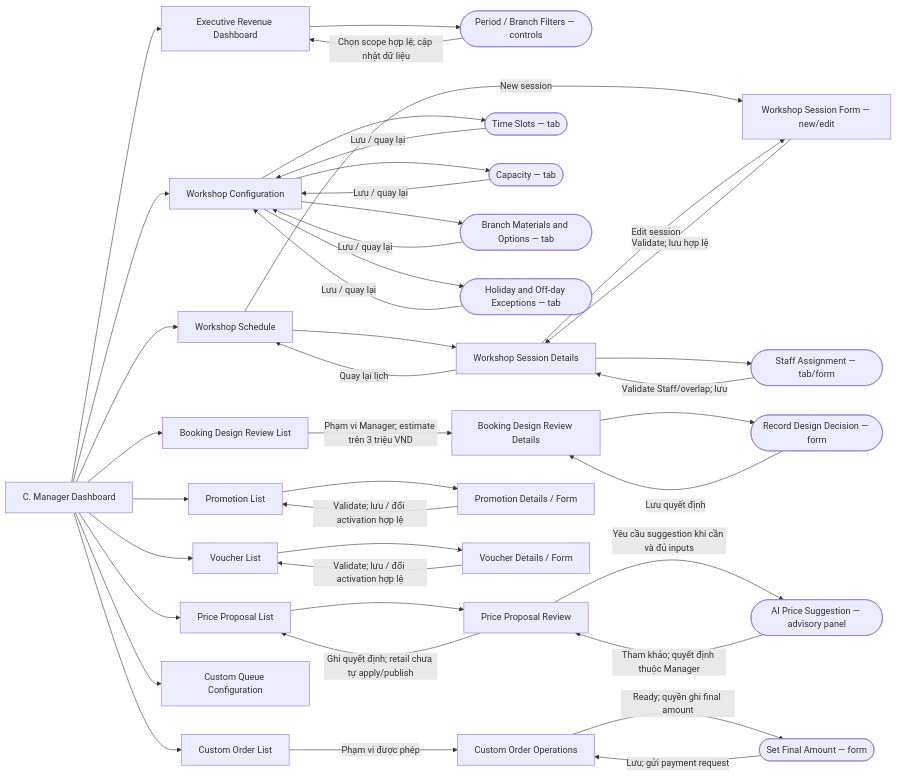
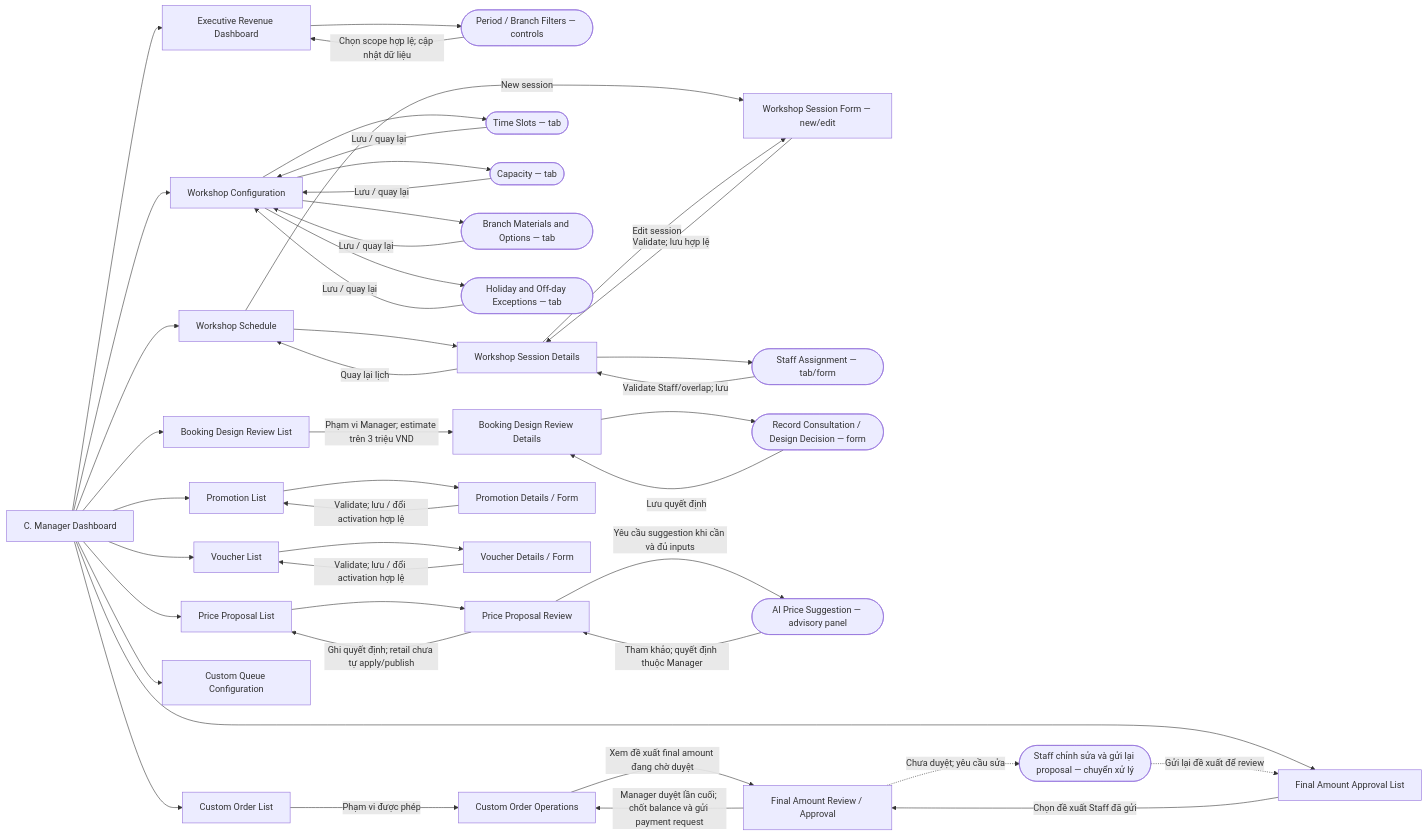
Before and after one commit to quoc-ca/mland-operations-hub: the ninth of 10 diagrams in ppswbs-spec/screen.md, drawn with Mermaid. The commit also changed other lines of this file, not shown here.

````diff
--- a/ppswbs-spec/screen.md
+++ b/ppswbs-spec/screen.md
@@ -396,52 +540,58 @@
 ```mermaid
 flowchart LR
     C["C. Manager Dashboard"]
     Revenue["Executive Revenue Dashboard"]
     Filters(["Period / Branch Filters — controls"])
     Schedule["Workshop Schedule"]
     Session["Workshop Session Details"]
     SessionForm["Workshop Session Form — new/edit"]
     Assignment(["Staff Assignment — tab/form"])
     Settings["Workshop Configuration"]
     Slots(["Time Slots — tab"])
     Capacity(["Capacity — tab"])
     Materials(["Branch Materials and Options — tab"])
     Holidays(["Holiday and Off-day Exceptions — tab"])
     Designs["Booking Design Review List"]
     Design["Booking Design Review Details"]
-    DesignDecision(["Record Design Decision — form"])
+    DesignDecision(["Record Consultation / Design Decision — form"])
     Proposals["Price Proposal List"]
     Proposal["Price Proposal Review"]
     Suggestion(["AI Price Suggestion — advisory panel"])
     Promotions["Promotion List"]
     Promotion["Promotion Details / Form"]
     Vouchers["Voucher List"]
     Voucher["Voucher Details / Form"]
     Queue["Custom Queue Configuration"]
     Customs["Custom Order List"]
     Custom["Custom Order Operations"]
-    Final(["Set Final Amount — form"])
+    FinalQueue["Final Amount Approval List"]
+    FinalReview["Final Amount Review / Approval"]
+    StaffRevision(["Staff chỉnh sửa và gửi lại proposal — chuyển xử lý"])
 
     C --> Revenue --> Filters -->|"Chọn scope hợp lệ; cập nhật dữ liệu"| Revenue
     C --> Schedule --> Session
     Schedule -->|"New session"| SessionForm
     Session -->|"Edit session"| SessionForm -->|"Validate; lưu hợp lệ"| Session
     Session --> Assignment -->|"Validate Staff/overlap; lưu"| Session
     Session -->|"Quay lại lịch"| Schedule
     C --> Settings
     Settings --> Slots -->|"Lưu / quay lại"| Settings
     Settings --> Capacity -->|"Lưu / quay lại"| Settings
     Settings --> Materials -->|"Lưu / quay lại"| Settings
     Settings --> Holidays -->|"Lưu / quay lại"| Settings
     C --> Designs -->|"Phạm vi Manager; estimate trên 3 triệu VND"| Design
     Design --> DesignDecision -->|"Lưu quyết định"| Design
     C --> Proposals --> Proposal
     Proposal -->|"Yêu cầu suggestion khi cần và đủ inputs"| Suggestion
     Suggestion -->|"Tham khảo; quyết định thuộc Manager"| Proposal
     Proposal -->|"Ghi quyết định; retail chưa tự apply/publish"| Proposals
     C --> Promotions --> Promotion -->|"Validate; lưu / đổi activation hợp lệ"| Promotions
     C --> Vouchers --> Voucher -->|"Validate; lưu / đổi activation hợp lệ"| Vouchers
     C --> Queue
     C --> Customs -->|"Phạm vi được phép"| Custom
-    Custom -->|"Ready; quyền ghi final amount"| Final -->|"Lưu; gửi payment request"| Custom
+    C --> FinalQueue -->|"Chọn đề xuất Staff đã gửi"| FinalReview
+    Custom -->|"Xem đề xuất final amount đang chờ duyệt"| FinalReview
+    FinalReview -->|"Manager duyệt lần cuối; chốt balance và gửi payment request"| Custom
+    FinalReview -.->|"Chưa duyệt; yêu cầu sửa"| StaffRevision
+    StaffRevision -.->|"Gửi lại đề xuất để review"| FinalQueue
 ```
````
